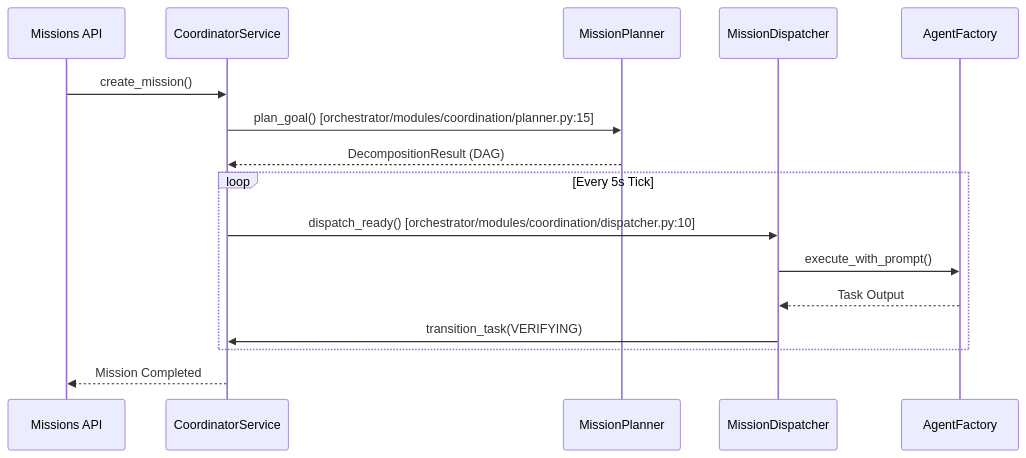
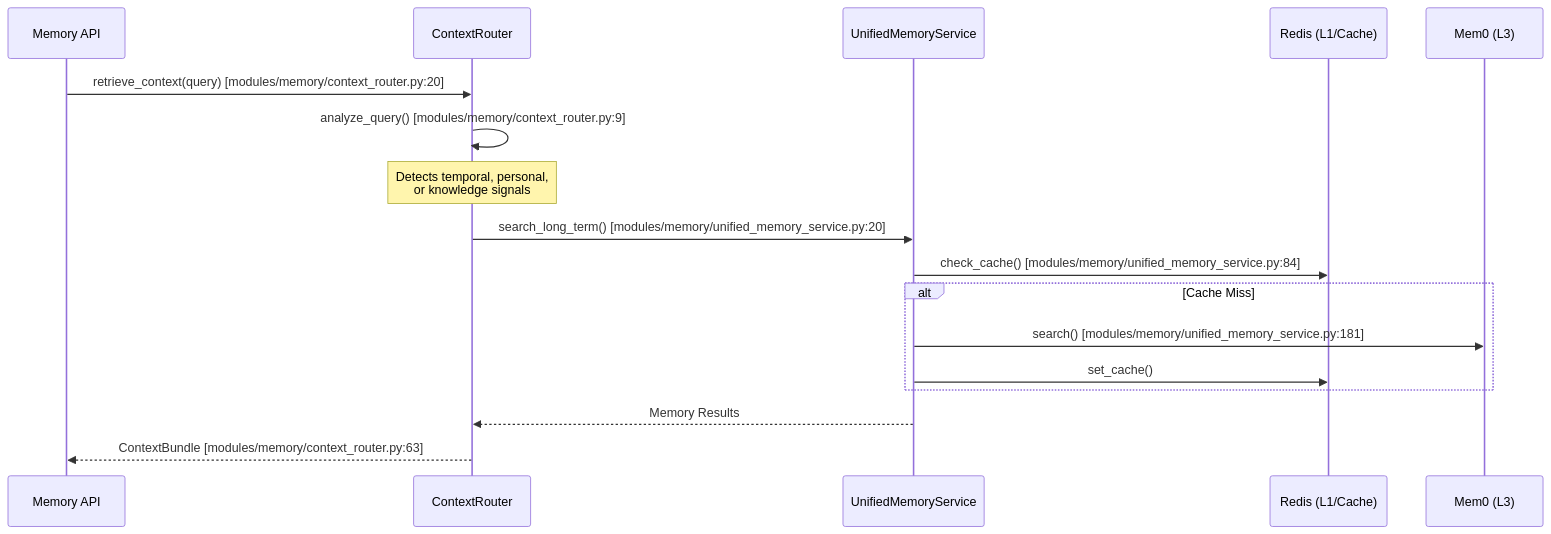
One commit to AutomatosAI/automatos-ai changed the third of 3 diagrams in docs/backend-architecture/fastapi-application.md. Above: the diagram before and after it, drawn with Mermaid. The commit also changed other lines of this file and 153 other files, not shown here.

````diff
--- a/docs/backend-architecture/fastapi-application.md
+++ b/docs/backend-architecture/fastapi-application.md
@@ -158,19 +136,20 @@
 ```mermaid
 sequenceDiagram
-    participant API as Missions API
-    participant Coord as CoordinatorService
-    participant Plan as MissionPlanner
-    participant Disp as MissionDispatcher
-    participant Agent as AgentFactory
+    participant API as Memory API
+    participant Router as ContextRouter
+    participant UMS as UnifiedMemoryService
+    participant Redis as Redis (L1/Cache)
+    participant Mem0 as Mem0 (L3)
 
-    API->>Coord: create_mission()
-    Coord->>Plan: plan_goal() [orchestrator/modules/coordination/planner.py:15]
-    Plan-->>Coord: DecompositionResult (DAG)
-    loop Every 5s Tick
-        Coord->>Disp: dispatch_ready() [orchestrator/modules/coordination/dispatcher.py:10]
-        Disp->>Agent: execute_with_prompt()
-        Agent-->>Disp: Task Output
-        Disp->>Coord: transition_task(VERIFYING)
+    API->>Router: retrieve_context(query) [modules/memory/context_router.py:20]
+    Router->>Router: analyze_query() [modules/memory/context_router.py:9]
+    Note over Router: Detects temporal, personal,<br/>or knowledge signals
+    Router->>UMS: search_long_term() [modules/memory/unified_memory_service.py:20]
+    UMS->>Redis: check_cache() [modules/memory/unified_memory_service.py:84]
+    alt Cache Miss
+        UMS->>Mem0: search() [modules/memory/unified_memory_service.py:181]
+        UMS->>Redis: set_cache()
     end
-    Coord-->>API: Mission Completed
+    UMS-->>Router: Memory Results
+    Router-->>API: ContextBundle [modules/memory/context_router.py:63]
 ```
````
